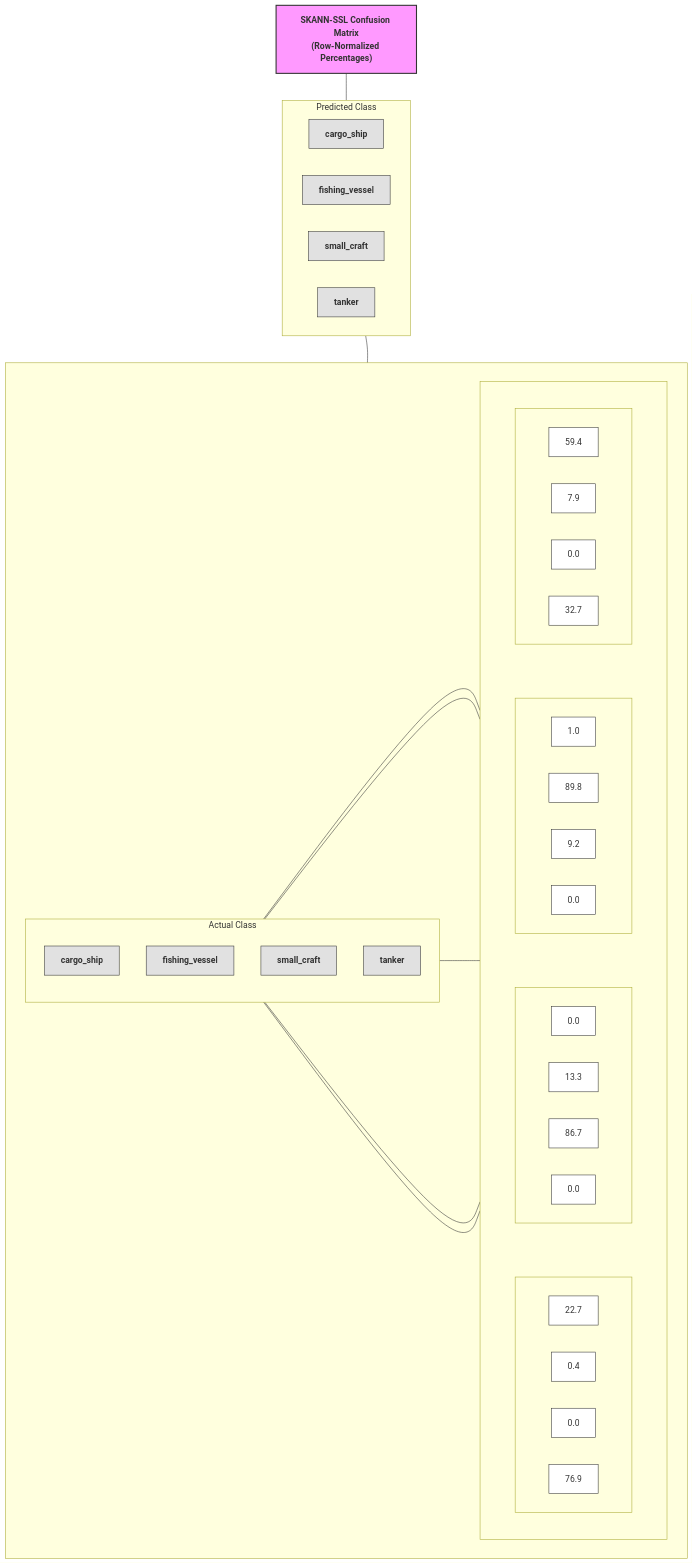
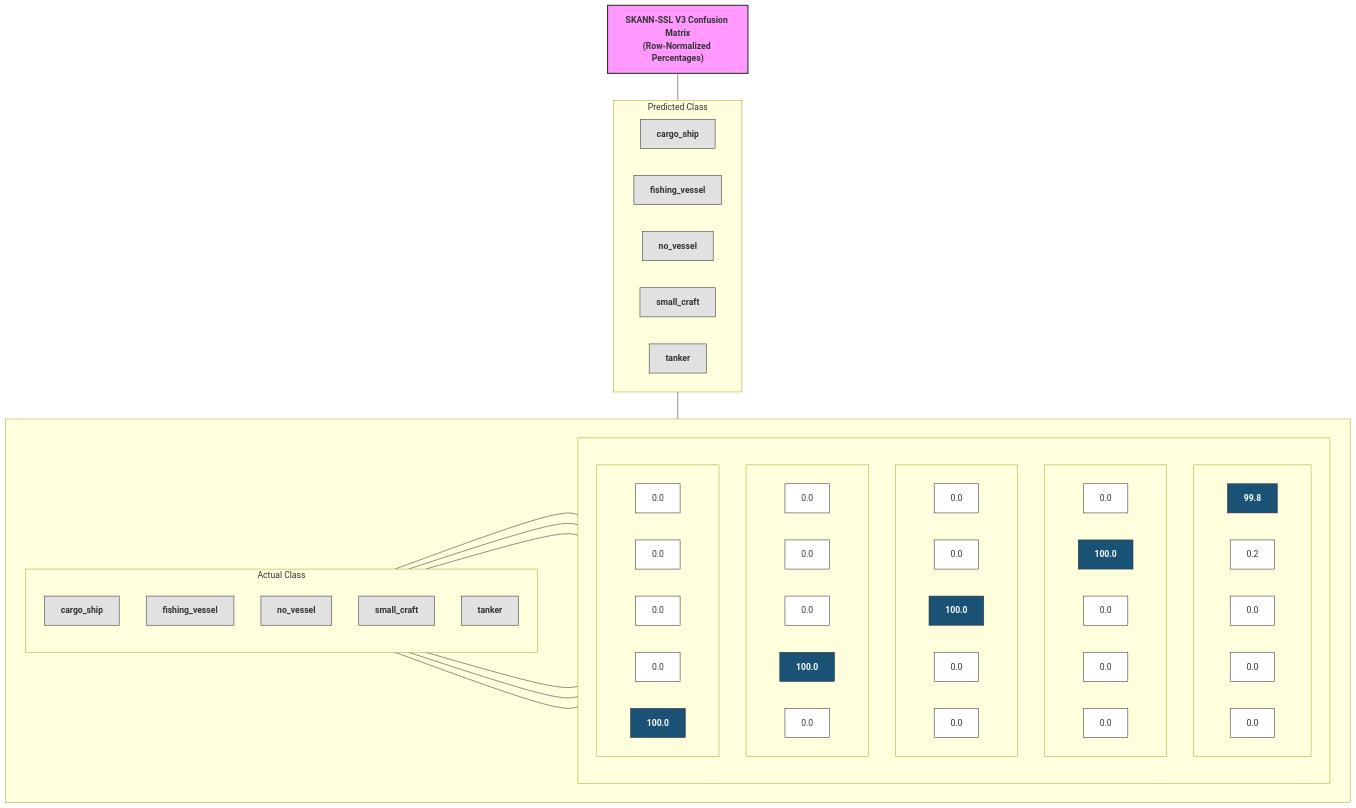
Before and after one commit to suniltyagi/SKANN-SSL: the diagram in stages/stage6_evaluation/CONFUSION_MATRIX_ANALYSIS.md, drawn with Mermaid. The commit also changed other lines of this file and 6 other files, not shown here.

````diff
--- a/stages/stage6_evaluation/CONFUSION_MATRIX_ANALYSIS.md
+++ b/stages/stage6_evaluation/CONFUSION_MATRIX_ANALYSIS.md
@@ -158,95 +211,95 @@
 ```mermaid
 graph TD
-    %% Title - Corrected with quotes to handle parentheses and breaks
-    Title["SKANN-SSL Confusion Matrix<br/>(Row-Normalized Percentages)"]
+    Title["SKANN-SSL V3 Confusion Matrix<br/>(Row-Normalized Percentages)"]
 
-    %% Predicted Class (Column Headers)
     subgraph Predicted_Class ["Predicted Class"]
         direction LR
         PC1[cargo_ship]
         PC2[fishing_vessel]
-        PC3[small_craft]
-        PC4[tanker]
+        PC3[no_vessel]
+        PC4[small_craft]
+        PC5[tanker]
     end
 
-    %% Main Grid Area
     subgraph Grid [ ]
         direction LR
         
-        %% Actual Class (Row Headers)
         subgraph Actual_Class ["Actual Class"]
             direction TB
             AC1[cargo_ship]
             AC2[fishing_vessel]
-            AC3[small_craft]
-            AC4[tanker]
+            AC3[no_vessel]
+            AC4[small_craft]
+            AC5[tanker]
         end
 
-        %% Data Rows
         subgraph Data [ ]
             direction TB
             
-            %% Row 1: cargo_ship
             subgraph Row1 [ ]
                 direction LR
-                R1C1["59.4"]
-                R1C2["7.9"]
+                R1C1["99.8"]
+                R1C2["0.2"]
                 R1C3["0.0"]
-                R1C4["32.7"]
+                R1C4["0.0"]
+                R1C5["0.0"]
             end
             
-            %% Row 2: fishing_vessel
             subgraph Row2 [ ]
                 direction LR
-                R2C1["1.0"]
-                R2C2["89.8"]
-                R2C3["9.2"]
+                R2C1["0.0"]
+                R2C2["100.0"]
+                R2C3["0.0"]
                 R2C4["0.0"]
+                R2C5["0.0"]
             end
             
-            %% Row 3: small_craft
             subgraph Row3 [ ]
                 direction LR
                 R3C1["0.0"]
-                R3C2["13.3"]
-                R3C3["86.7"]
+                R3C2["0.0"]
+                R3C3["100.0"]
                 R3C4["0.0"]
+                R3C5["0.0"]
             end
             
-            %% Row 4: tanker
             subgraph Row4 [ ]
                 direction LR
-                R4C1["22.7"]
-                R4C2["0.4"]
+                R4C1["0.0"]
+                R4C2["0.0"]
                 R4C3["0.0"]
-                R4C4["76.9"]
+                R4C4["100.0"]
+                R4C5["0.0"]
+            end
+            
+            subgraph Row5 [ ]
+                direction LR
+                R5C1["0.0"]
+                R5C2["0.0"]
+                R5C3["0.0"]
+                R5C4["0.0"]
+                R5C5["100.0"]
             end
         end
     end
 
-    %% Linking components to form the structure
     Title --- Predicted_Class
     Predicted_Class --- Grid
     Actual_Class --- Data
 
-    %% Aligning Row Headers with Data Rows
     AC1 --- Row1
     AC2 --- Row2
     AC3 --- Row3
     AC4 --- Row4
+    AC5 --- Row5
 
-    %% Invisible links to align columns vertically
-    PC1 ~~~ R1C1 ~~~ R2C1 ~~~ R3C1 ~~~ R4C1
-    PC2 ~~~ R1C2 ~~~ R2C2 ~~~ R3C2 ~~~ R4C2
-    PC3 ~~~ R1C3 ~~~ R2C3 ~~~ R3C3 ~~~ R4C3
-    PC4 ~~~ R1C4 ~~~ R2C4 ~~~ R3C4 ~~~ R4C4
-
-    %% Styling to make it look more like a table
     classDef title_style fill:#f9f,stroke:#333,stroke-width:2px,font-size:16px,font-weight:bold;
     classDef header_style fill:#e1e1e1,stroke:#333,stroke-width:1px,font-weight:bold;
     classDef cell_style fill:#fff,stroke:#333,stroke-width:1px;
+    classDef diagonal_style fill:#1a5276,stroke:#333,stroke-width:1px,color:#fff,font-weight:bold;
 
     class Title title_style;
-    class PC1,PC2,PC3,PC4,AC1,AC2,AC3,AC4 header_style;
-    class R1C1,R1C2,R1C3,R1C4,R2C1,R2C2,R2C3,R2C4,R3C1,R3C2,R3C3,R3C4,R4C1,R4C2,R4C3,R4C4 cell_style;
+    class PC1,PC2,PC3,PC4,PC5,AC1,AC2,AC3,AC4,AC5 header_style;
+    class R1C2,R1C3,R1C4,R1C5,R2C1,R2C3,R2C4,R2C5,R3C1,R3C2,R3C4,R3C5,R4C1,R4C2,R4C3,R4C5,R5C1,R5C2,R5C3,R5C4 cell_style;
+    class R1C1,R2C2,R3C3,R4C4,R5C5 diagonal_style;
 ```
````
